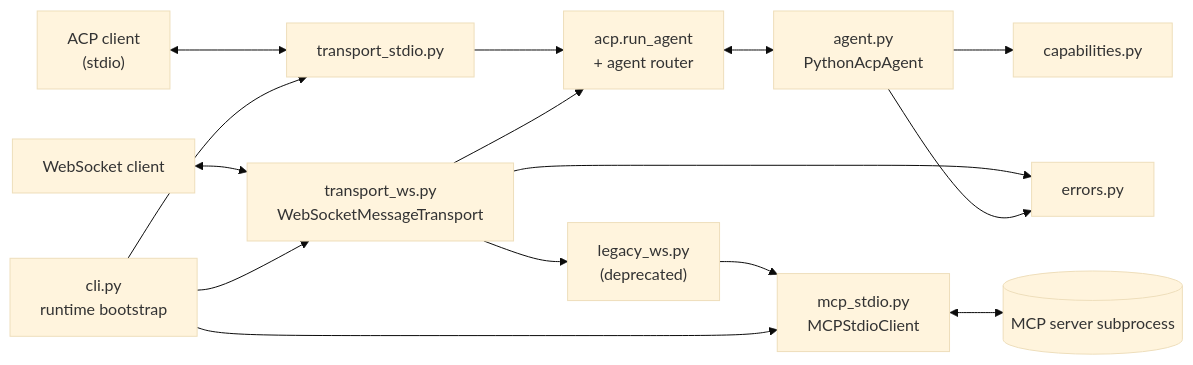
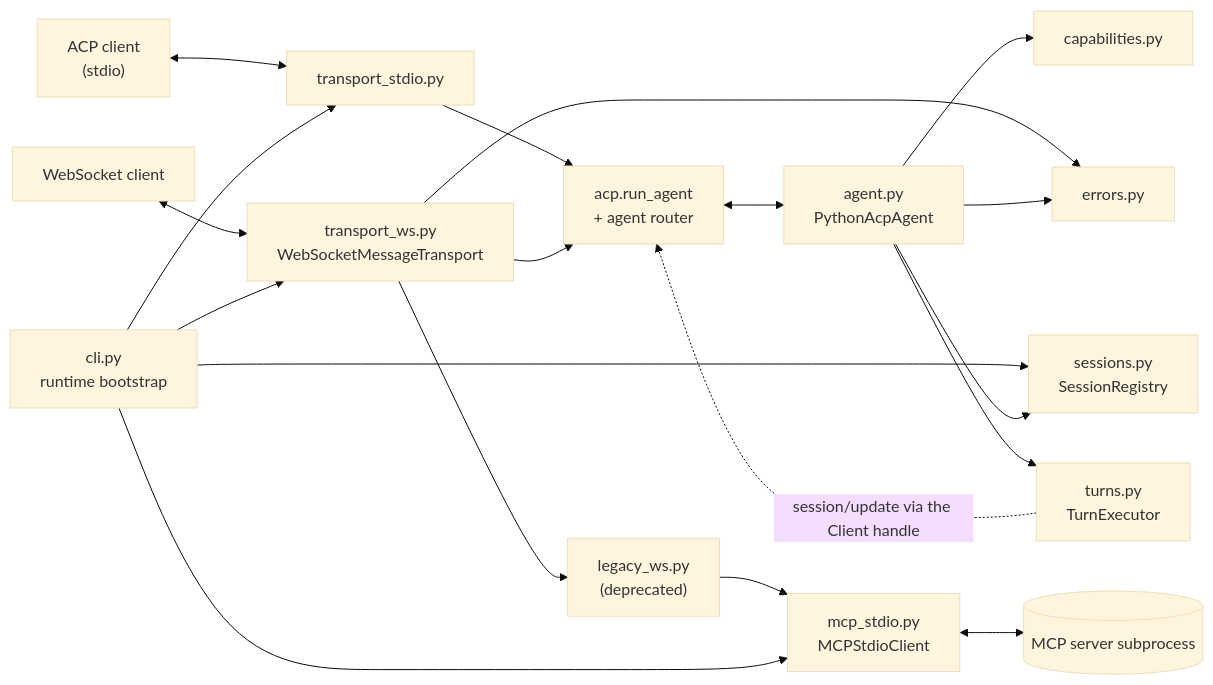
Before and after one commit to Digital-Dimentia/python-acp: the first of 4 diagrams in ARCHITECTURE.md, drawn with Mermaid (base theme). The commit also changed other lines of this file and 14 other files, not shown here.

First line of the commit message:
feat(acp): wire session/new, session/prompt, and session/cancel to the registry

````diff
--- a/ARCHITECTURE.md
+++ b/ARCHITECTURE.md
@@ -20,30 +21,36 @@
 ```mermaid
 flowchart LR
     Editor["ACP client<br/>(stdio)"]
     WsClient["WebSocket client"]
     CLI["cli.py<br/>runtime bootstrap"]
     TStdio["transport_stdio.py"]
     TWs["transport_ws.py<br/>WebSocketMessageTransport"]
     Legacy["legacy_ws.py<br/>(deprecated)"]
     SDK["acp.run_agent<br/>+ agent router"]
     Agent["agent.py<br/>PythonAcpAgent"]
     Caps["capabilities.py"]
     Errors["errors.py"]
+    Sessions["sessions.py<br/>SessionRegistry"]
+    Turns["turns.py<br/>TurnExecutor"]
     MCPClient["mcp_stdio.py<br/>MCPStdioClient"]
     MCPProc[("MCP server subprocess")]
 
     Editor <--> TStdio
     WsClient <--> TWs
     CLI --> TStdio
     CLI --> TWs
+    CLI --> Sessions
     TStdio --> SDK
     TWs --> SDK
     TWs --> Legacy
     TWs --> Errors
     SDK <--> Agent
     Agent --> Caps
     Agent --> Errors
+    Agent --> Sessions
+    Agent --> Turns
+    Turns -. "session/update via the Client handle" .-> SDK
     Legacy --> MCPClient
     CLI --> MCPClient
     MCPClient <--> MCPProc
 ```
````
